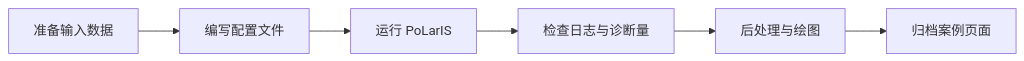
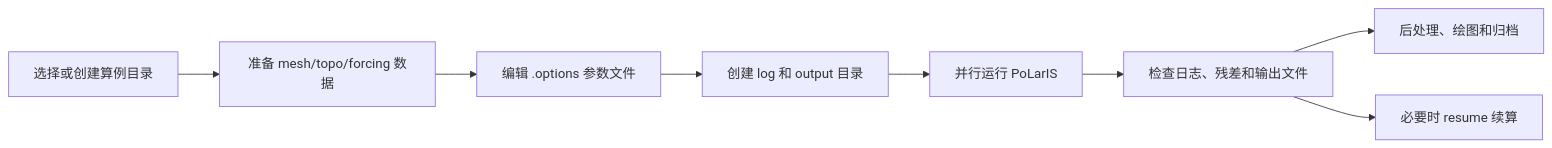
The diagram in docs/manual/workflow.md (phgism-project/PoLarIS-doc), drawn with Mermaid before and after one commit. The commit also changed other lines of this file and 2 other files, not shown here.

````diff
--- a/docs/manual/workflow.md
+++ b/docs/manual/workflow.md
@@ -5,8 +5,10 @@
 ```mermaid
 flowchart LR
-  A["准备输入数据"] --> B["编写配置文件"]
-  B --> C["运行 PoLarIS"]
-  C --> D["检查日志与诊断量"]
-  D --> E["后处理与绘图"]
-  E --> F["归档案例页面"]
+  A["选择或创建算例目录"] --> B["准备 mesh/topo/forcing 数据"]
+  B --> C["编辑 .options 参数文件"]
+  C --> D["创建 log 和 output 目录"]
+  D --> E["并行运行 PoLarIS"]
+  E --> F["检查日志、残差和输出文件"]
+  F --> G["后处理、绘图和归档"]
+  F --> H["必要时 resume 续算"]
 ```
````
